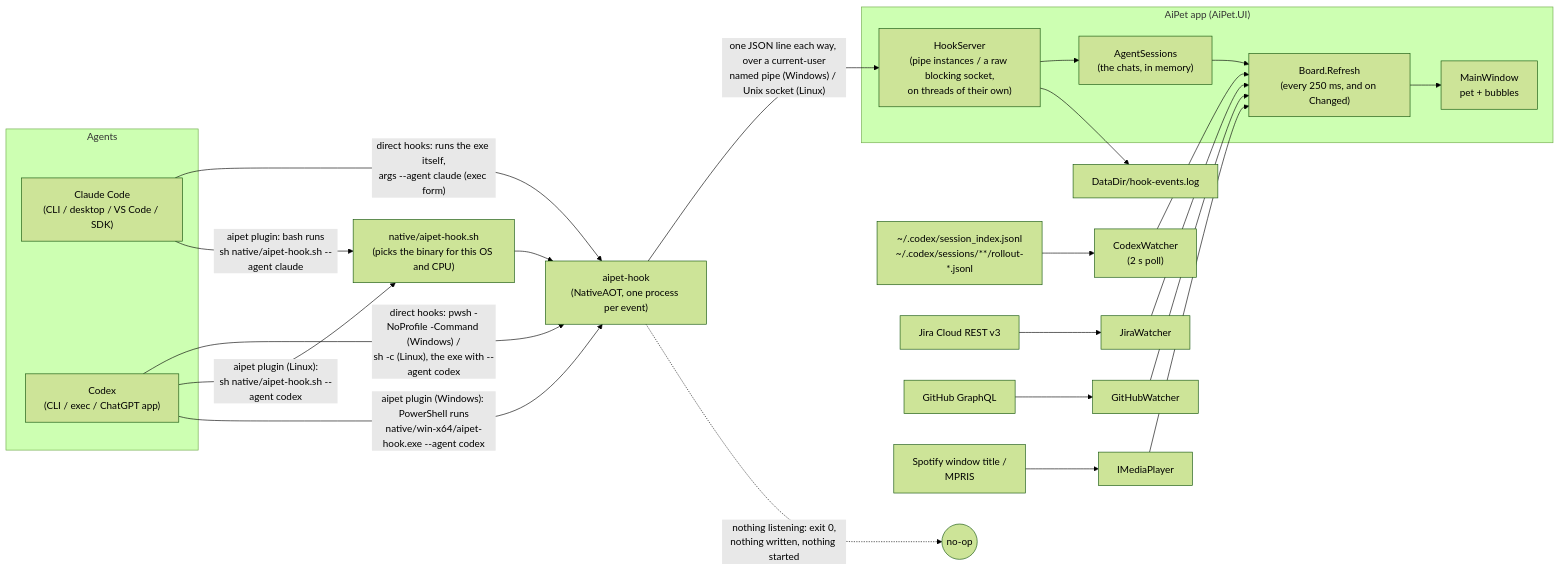
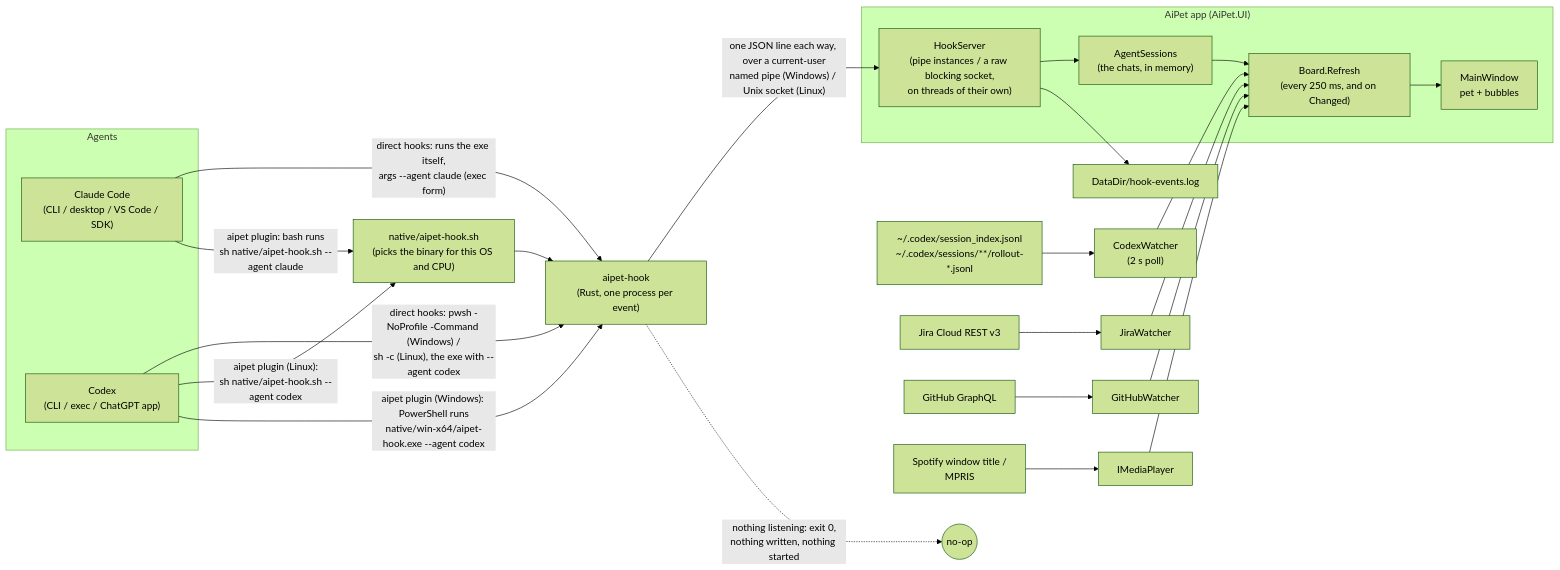
The first of 2 diagrams in docs/ARCHITECTURE.md (xMarcinator/ai-pet), drawn with Mermaid (forest theme) before and after one commit. The commit also changed other lines of this file and 3 other files, not shown here.

First line of the commit message:
docs: the Rust hook ships with milestone 1

````diff
--- a/docs/ARCHITECTURE.md
+++ b/docs/ARCHITECTURE.md
@@ -11,28 +11,28 @@
 ```mermaid
 graph LR
   subgraph Agents
     CC["Claude Code<br/>(CLI / desktop / VS Code / SDK)"]
     CX["Codex<br/>(CLI / exec / ChatGPT app)"]
   end
 
   CC -- "direct hooks: runs the exe itself,<br/>args --agent claude (exec form)" --> HOOK
   CC -- "aipet plugin: bash runs<br/>sh native/aipet-hook.sh --agent claude" --> LAUNCH
   CX -- "direct hooks: pwsh -NoProfile -Command (Windows) /<br/>sh -c (Linux), the exe with --agent codex" --> HOOK
   CX -- "aipet plugin (Linux):<br/>sh native/aipet-hook.sh --agent codex" --> LAUNCH
   CX -- "aipet plugin (Windows): PowerShell runs<br/>native/win-x64/aipet-hook.exe --agent codex" --> HOOK
-  LAUNCH["native/aipet-hook.sh<br/>(picks the binary for this OS and CPU)"] --> HOOK["aipet-hook<br/>(NativeAOT, one process per event)"]
+  LAUNCH["native/aipet-hook.sh<br/>(picks the binary for this OS and CPU)"] --> HOOK["aipet-hook<br/>(Rust, one process per event)"]
 
   HOOK -- "one JSON line each way, over a current-user<br/>named pipe (Windows) / Unix socket (Linux)" --> SRV
   HOOK -. "nothing listening: exit 0,<br/>nothing written, nothing started" .-> NOOP(("no-op"))
 
   subgraph APP["AiPet app (AiPet.UI)"]
     SRV["HookServer<br/>(pipe instances / a raw blocking socket,<br/>on threads of their own)"] --> SESS["AgentSessions<br/>(the chats, in memory)"]
     SESS --> BOARD["Board.Refresh<br/>(every 250 ms, and on Changed)"] --> MW["MainWindow<br/>pet + bubbles"]
   end
 
   SRV --> LOG["DataDir/hook-events.log"]
   CXS["~/.codex/session_index.jsonl<br/>~/.codex/sessions/**/rollout-*.jsonl"] --> CW["CodexWatcher<br/>(2 s poll)"] --> BOARD
   JIRA["Jira Cloud REST v3"] --> JW["JiraWatcher"] --> BOARD
   GH["GitHub GraphQL"] --> GW["GitHubWatcher"] --> BOARD
   MEDIA["Spotify window title /<br/>MPRIS"] --> MP["IMediaPlayer"] --> BOARD
 ```
````
